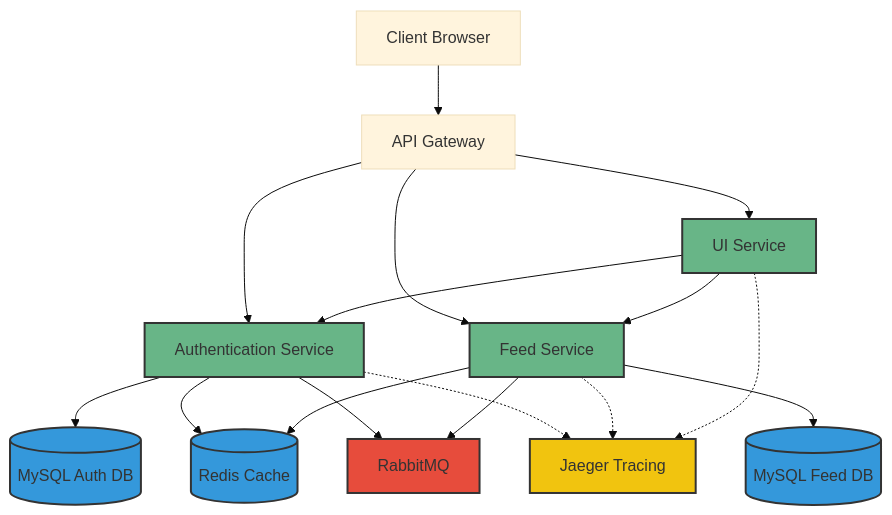
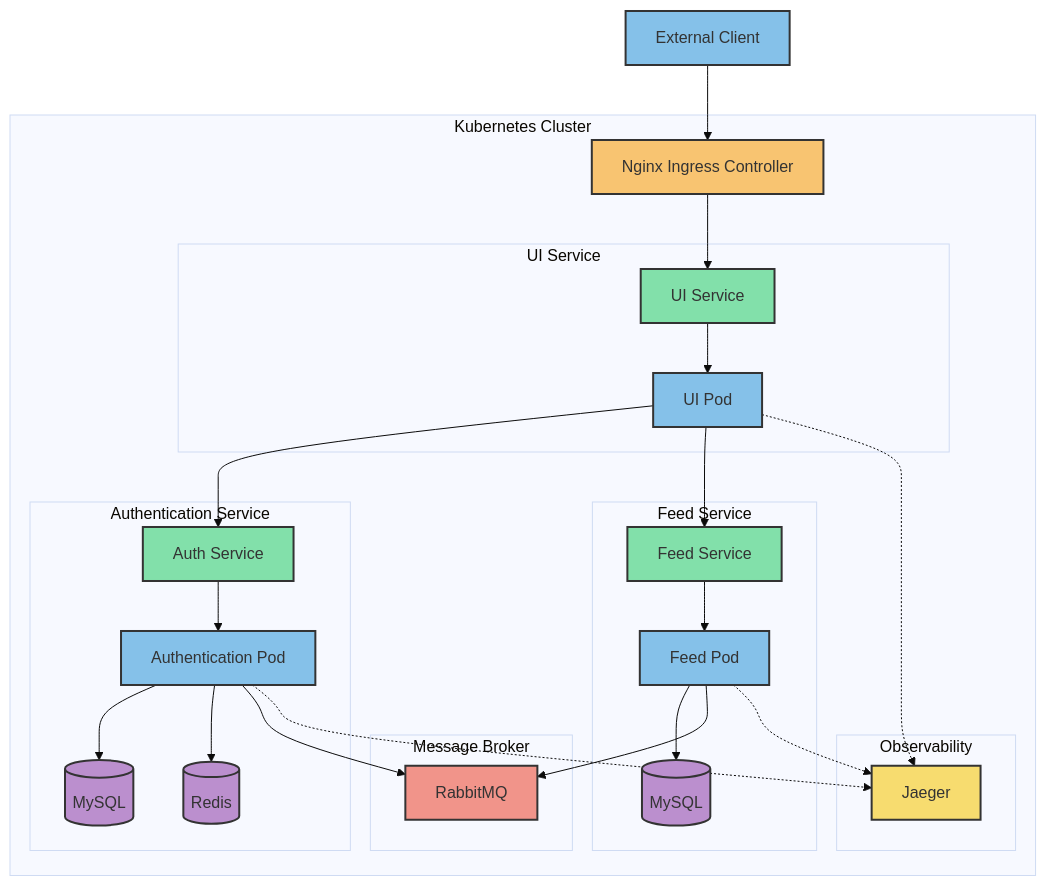
Before and after one commit to Mahmudulazamshohan/example-microservices: the diagram in README.md, drawn with Mermaid (base theme).

````diff
--- a/README.md
+++ b/README.md
@@ -7,43 +7,68 @@
 ```mermaid
 graph TB
-    Client[Client Browser]
-    Gateway[API Gateway]
-    Auth[Authentication Service]
-    Feed[Feed Service]
-    UI[UI Service]
-    AuthDB[(MySQL Auth DB)]
-    FeedDB[(MySQL Feed DB)]
-    Redis[(Redis Cache)]
-    RMQ[RabbitMQ]
-    Jaeger[Jaeger Tracing]
+    subgraph Kubernetes Cluster
+        INGN[Nginx Ingress Controller]
+        
+        subgraph UI Service
+            UI[UI Pod]
+            UISVC[UI Service]
+        end
+        
+        subgraph Authentication Service
+            AUTH[Authentication Pod]
+            AUTHSVC[Auth Service]
+            AUTHDB[(MySQL)]
+            AUTHREDIS[(Redis)]
+        end
+        
+        subgraph Feed Service
+            FEED[Feed Pod]
+            FEEDSVC[Feed Service]
+            FEEDDB[(MySQL)]
+        end
+        
+        subgraph Message Broker
+            RMQ[RabbitMQ]
+        end
+        
+        subgraph Observability
+            JAEGER[Jaeger]
+        end
+    end
+    
+    Client[External Client] --> INGN
+    INGN --> UISVC
+    UISVC --> UI
+    
+    UI --> AUTHSVC
+    UI --> FEEDSVC
+    
+    AUTHSVC --> AUTH
+    AUTH --> AUTHDB
+    AUTH --> AUTHREDIS
+    AUTH --> RMQ
+    
+    FEEDSVC --> FEED
+    FEED --> FEEDDB
+    FEED --> RMQ
+    
+    AUTH -.-> JAEGER
+    FEED -.-> JAEGER
+    UI -.-> JAEGER
 
-    Client --> Gateway
-    Gateway --> Auth
-    Gateway --> Feed
-    Gateway --> UI
+    classDef client fill:#85C1E9,stroke:#333,stroke-width:2px;
+    classDef ingress fill:#F8C471,stroke:#333,stroke-width:2px;
+    classDef service fill:#82E0AA,stroke:#333,stroke-width:2px;
+    classDef pod fill:#85C1E9,stroke:#333,stroke-width:2px;
+    classDef database fill:#BB8FCE,stroke:#333,stroke-width:2px;
+    classDef broker fill:#F1948A,stroke:#333,stroke-width:2px;
+    classDef monitoring fill:#F7DC6F,stroke:#333,stroke-width:2px;
     
-    Auth --> AuthDB
-    Auth --> Redis
-    Auth --> RMQ
-    
-    Feed --> FeedDB
-    Feed --> RMQ
-    Feed --> Redis
-    
-    UI --> Auth
-    UI --> Feed
-    
-    Auth -.-> Jaeger
-    Feed -.-> Jaeger
-    UI -.-> Jaeger
-
-    classDef service fill:#68b587,stroke:#333,stroke-width:2px;
-    classDef database fill:#3498db,stroke:#333,stroke-width:2px;
-    classDef messagequeue fill:#e74c3c,stroke:#333,stroke-width:2px;
-    classDef monitoring fill:#f1c40f,stroke:#333,stroke-width:2px;
-    
-    class Auth,Feed,UI service;
-    class AuthDB,FeedDB,Redis database;
-    class RMQ messagequeue;
-    class Jaeger monitoring;
+    class Client client;
+    class INGN ingress;
+    class UISVC,AUTHSVC,FEEDSVC service;
+    class UI,AUTH,FEED pod;
+    class AUTHDB,FEEDDB,AUTHREDIS database;
+    class RMQ broker;
+    class JAEGER monitoring;
 ```
````
